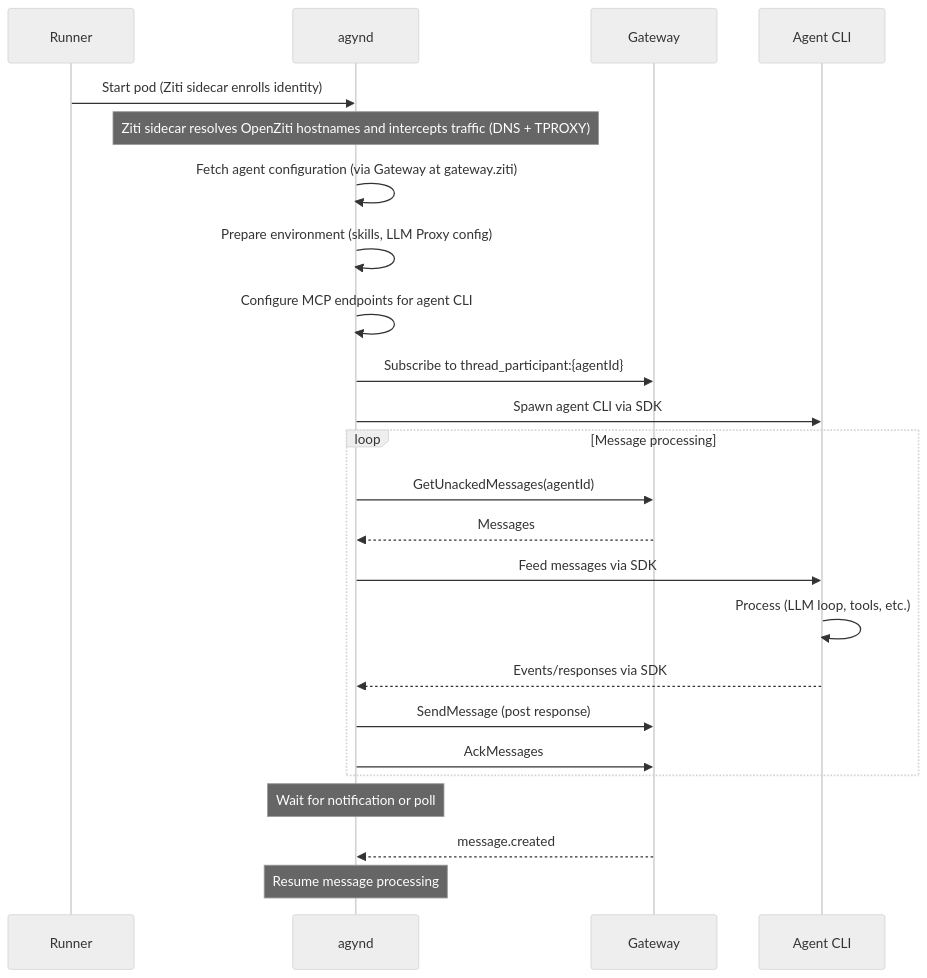
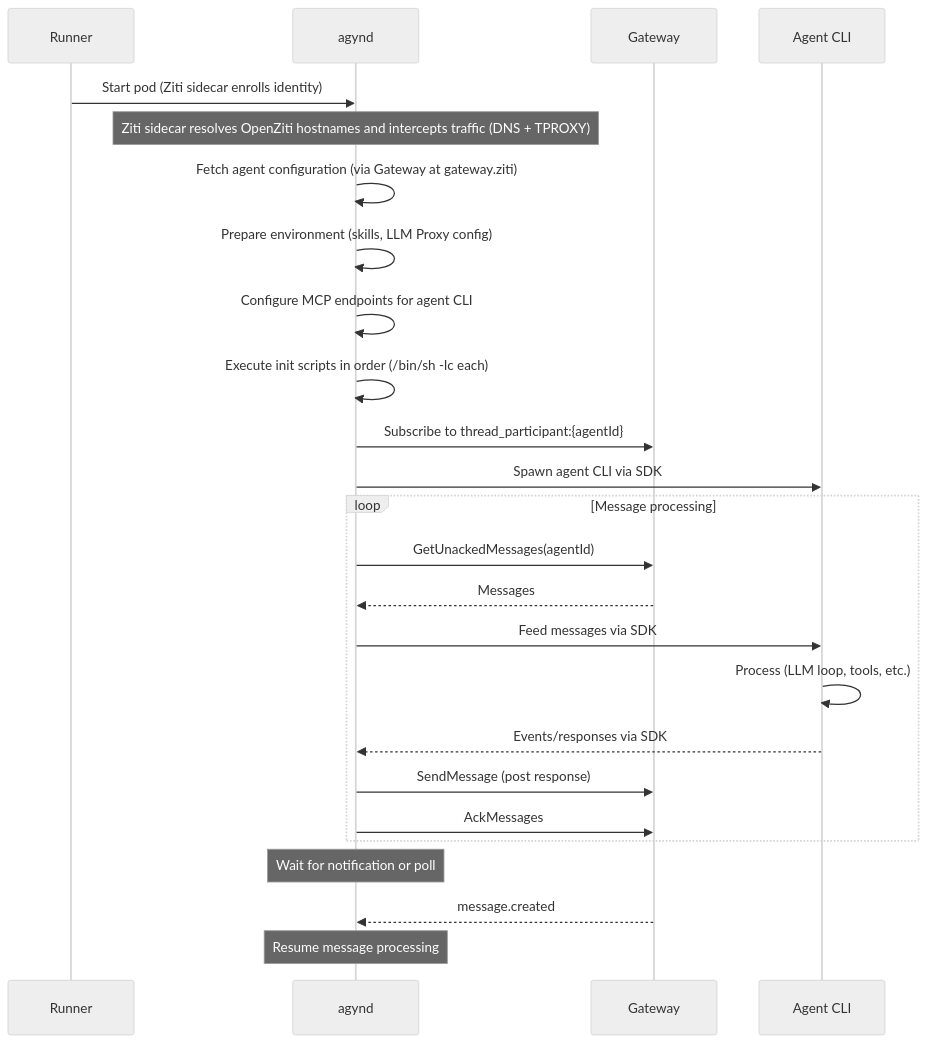
The second of 2 diagrams in architecture/agynd-cli.md (agynio/architecture), drawn with Mermaid (neutral theme) before and after one commit. The commit also changed other lines of this file and 2 other files, not shown here.

Commit message:
Update init_script spec

````diff
--- a/architecture/agynd-cli.md
+++ b/architecture/agynd-cli.md
@@ -231,29 +232,30 @@
 ```mermaid
 sequenceDiagram
     participant R as Runner
     participant D as agynd
     participant GW as Gateway
     participant A as Agent CLI
 
     R->>D: Start pod (Ziti sidecar enrolls identity)
     Note over D: Ziti sidecar resolves OpenZiti hostnames and intercepts traffic (DNS + TPROXY)
     D->>D: Fetch agent configuration (via Gateway at gateway.ziti)
     D->>D: Prepare environment (skills, LLM Proxy config)
     D->>D: Configure MCP endpoints for agent CLI
+    D->>D: Execute init scripts in order (/bin/sh -lc each)
     D->>GW: Subscribe to thread_participant:{agentId}
     D->>A: Spawn agent CLI via SDK
 
     loop Message processing
         D->>GW: GetUnackedMessages(agentId)
         GW-->>D: Messages
         D->>A: Feed messages via SDK
         A->>A: Process (LLM loop, tools, etc.)
         A-->>D: Events/responses via SDK
         D->>GW: SendMessage (post response)
         D->>GW: AckMessages
     end
 
     Note over D: Wait for notification or poll
     GW-->>D: message.created
     Note over D: Resume message processing
 ```
````
